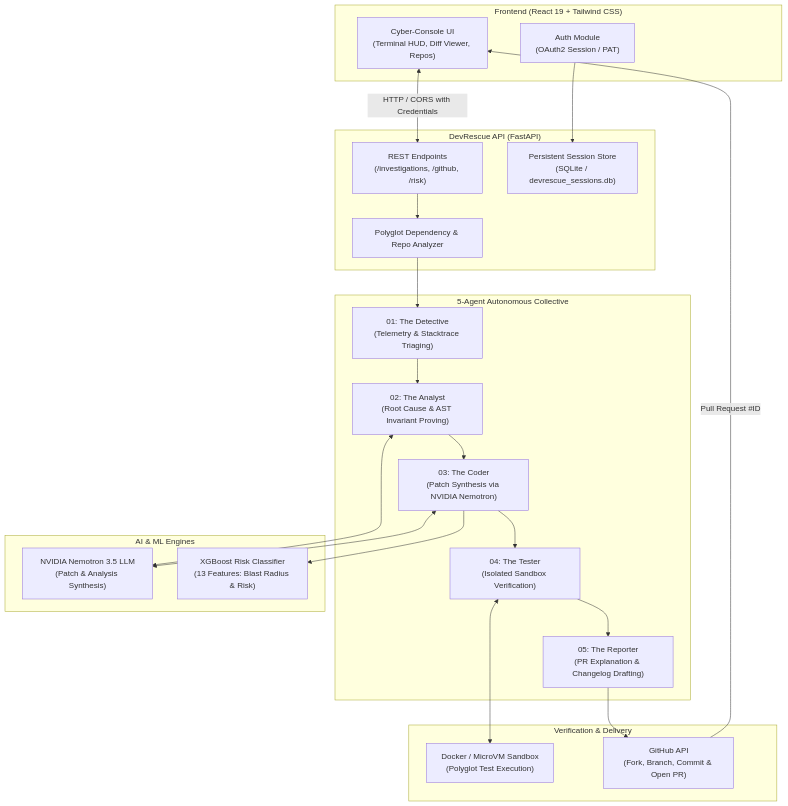
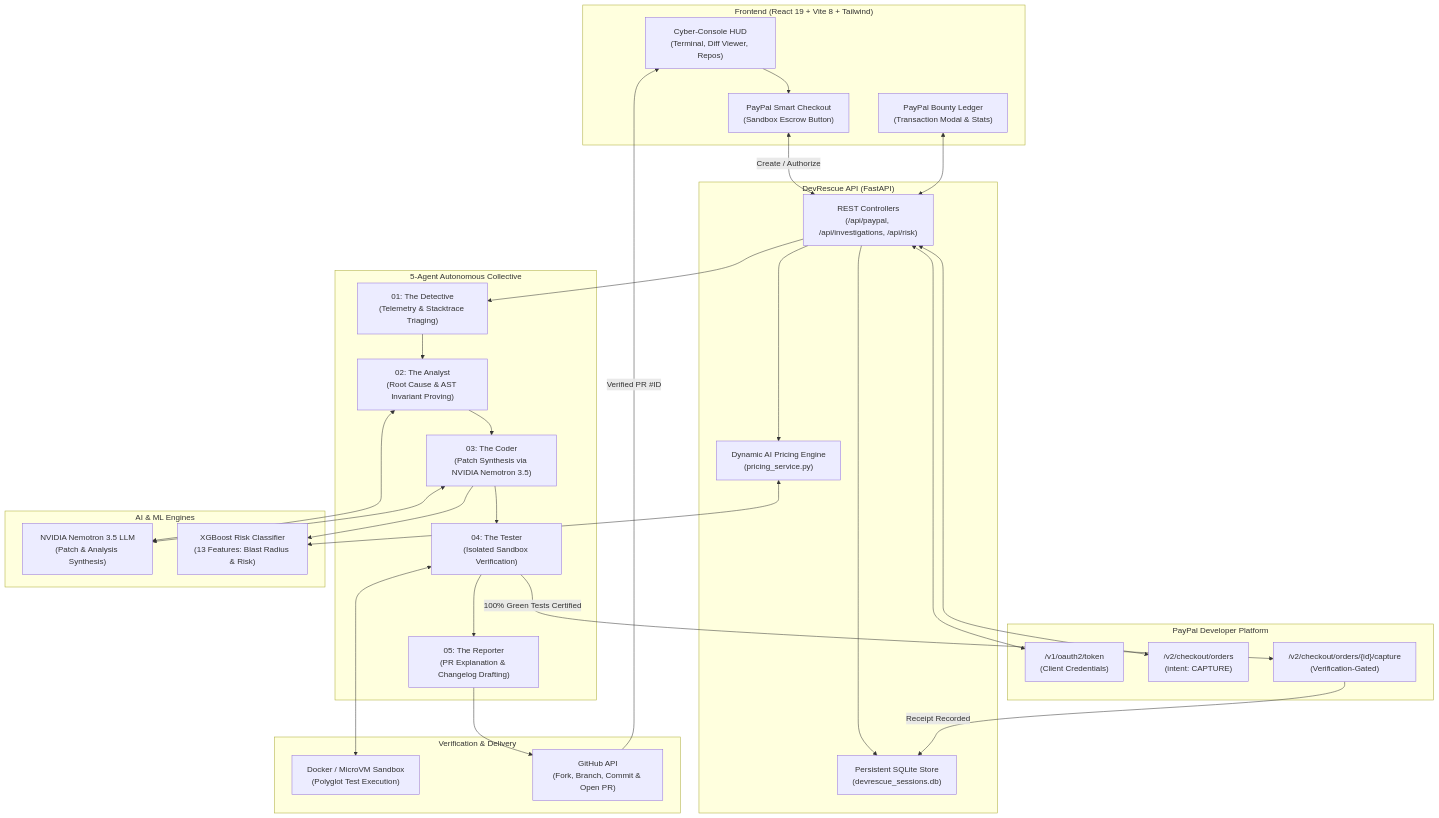
The diagram in README.md (RudraPatel217/DevRescue-AI-), drawn with Mermaid before and after one commit. The commit also changed other lines of this file and 22 other files, not shown here.

Commit message:
feat(paypal): integrate PayPal developer platform sandbox for AI bug bounties, verification escrow, and render deploy

````diff
--- a/README.md
+++ b/README.md
@@ -61,46 +122,62 @@
 ```mermaid
 flowchart TD
-    subgraph Client["Frontend (React 19 + Tailwind CSS)"]
-        UI["Cyber-Console UI\n(Terminal HUD, Diff Viewer, Repos)"]
-        AUTH["Auth Module\n(OAuth2 Session / PAT)"]
+    subgraph Client["Frontend (React 19 + Vite 8 + Tailwind)"]
+        UI["Cyber-Console HUD\n(Terminal, Diff Viewer, Repos)"]
+        PP_BTN["PayPal Smart Checkout\n(Sandbox Escrow Button)"]
+        LEDGER["PayPal Bounty Ledger\n(Transaction Modal & Stats)"]
     end
 
     subgraph Backend["DevRescue API (FastAPI)"]
-        API["REST Endpoints\n(/investigations, /github, /risk)"]
-        SESS["Persistent Session Store\n(SQLite / devrescue_sessions.db)"]
-        ROUTER["Polyglot Dependency & Repo Analyzer"]
+        API["REST Controllers\n(/api/paypal, /api/investigations, /api/risk)"]
+        SESS["Persistent SQLite Store\n(devrescue_sessions.db)"]
+        PRICE["Dynamic AI Pricing Engine\n(pricing_service.py)"]
+    end
+
+    subgraph PayPal["PayPal Developer Platform"]
+        PP_AUTH["/v1/oauth2/token\n(Client Credentials)"]
+        PP_ORDER["/v2/checkout/orders\n(intent: CAPTURE)"]
+        PP_CAP["/v2/checkout/orders/{id}/capture\n(Verification-Gated)"]
     end
 
     subgraph Agents["5-Agent Autonomous Collective"]
         A1["01: The Detective\n(Telemetry & Stacktrace Triaging)"]
         A2["02: The Analyst\n(Root Cause & AST Invariant Proving)"]
-        A3["03: The Coder\n(Patch Synthesis via NVIDIA Nemotron)"]
+        A3["03: The Coder\n(Patch Synthesis via NVIDIA Nemotron 3.5)"]
         A4["04: The Tester\n(Isolated Sandbox Verification)"]
         A5["05: The Reporter\n(PR Explanation & Changelog Drafting)"]
     end
 
     subgraph Intelligence["AI & ML Engines"]
         NEMO["NVIDIA Nemotron 3.5 LLM\n(Patch & Analysis Synthesis)"]
         ML["XGBoost Risk Classifier\n(13 Features: Blast Radius & Risk)"]
     end
 
     subgraph Execution["Verification & Delivery"]
         SANDBOX["Docker / MicroVM Sandbox\n(Polyglot Test Execution)"]
         GH["GitHub API\n(Fork, Branch, Commit & Open PR)"]
     end
 
-    UI <-->|HTTP / CORS with Credentials| API
-    AUTH --> SESS
-    API --> ROUTER
-    ROUTER --> A1
+    UI --> PP_BTN
+    PP_BTN <-->|Create / Authorize| API
+    API --> PRICE
+    PRICE <--> ML
+    API <--> PP_AUTH
+    API <--> PP_ORDER
+    API --> SESS
+    LEDGER <--> API
+
+    API --> A1
     A1 --> A2
     A2 <--> NEMO
     A2 --> A3
     A3 <--> NEMO
     A3 --> ML
     A3 --> A4
     A4 <--> SANDBOX
+
+    A4 -->|100% Green Tests Certified| PP_CAP
+    PP_CAP -->|Receipt Recorded| SESS
     A4 --> A5
     A5 --> GH
-    GH -->|Pull Request #ID| UI
+    GH -->|Verified PR #ID| UI
 ```
````
